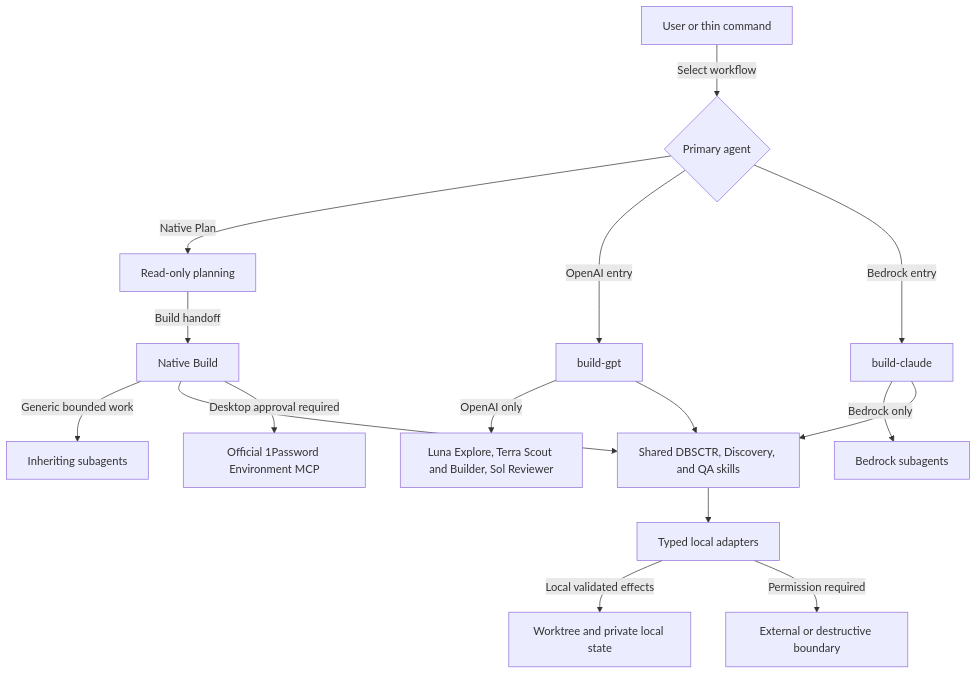
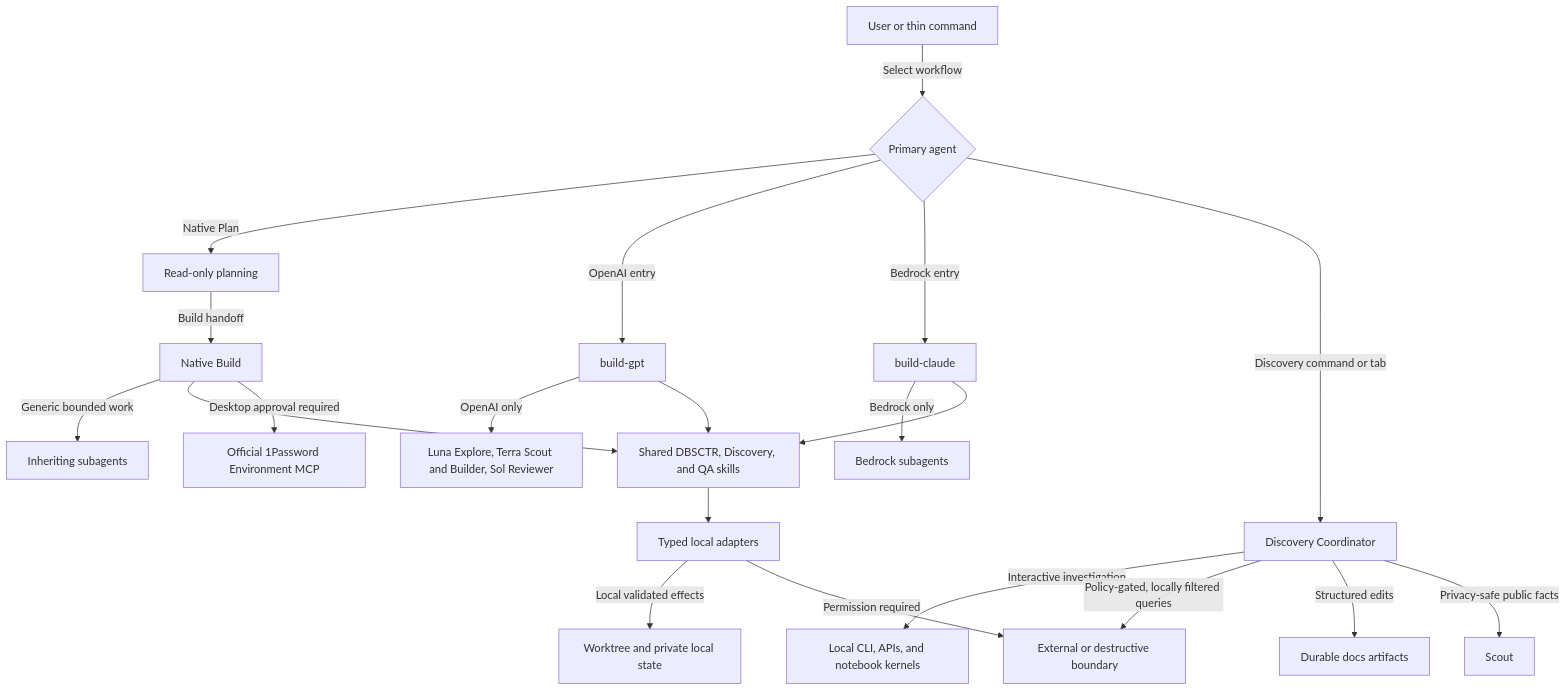
The first of 3 diagrams in docs/specs/opencode_control_plane/README.md (Saltiola7/dotfiles-ai), drawn with Mermaid before and after one commit. The commit also changed other lines of this file and 3 other files, not shown here.

````diff
--- a/docs/specs/opencode_control_plane/README.md
+++ b/docs/specs/opencode_control_plane/README.md
@@ -147,20 +156,25 @@
 ```mermaid
 flowchart TD
     accTitle: OpenCode provider-affine control plane
-    accDescr: Thin commands select native or provider-affine primary agents. Plan remains read-only and hands approved scope to Build. OpenAI routes read-only Explore to Luna, Scout and Builder to Terra, and explicit review to Sol. Build may use only same-provider bounded subagents, loads shared lifecycle skills and typed adapters, and asks permission before external or destructive effects. Host OpenCode may connect to the official 1Password desktop MCP for approved Environment operations without receiving secret values.
+    accDescr: Thin commands select native, Discovery, or provider-affine primary agents. Plan remains read-only and hands approved scope to Build. Discovery may investigate through unrestricted local Bash, writes durable artifacts through a docs-scoped edit tool, and uses Scout for privacy-safe public facts. OpenAI routes read-only Explore to Luna, Scout and Builder to Terra, and explicit review to Sol. Build may use only same-provider bounded subagents, loads shared lifecycle skills and typed adapters, and asks permission before external or destructive effects. Host OpenCode may connect to the official 1Password desktop MCP for approved Environment operations without receiving secret values.
     U[User or thin command] -->|Select workflow| P{Primary agent}
     P -->|Native Plan| N[Read-only planning]
     N -->|Build handoff| B[Native Build]
     P -->|OpenAI entry| G[build-gpt]
     P -->|Bedrock entry| C[build-claude]
+    P -->|Discovery command or tab| D[Discovery Coordinator]
+    D -->|Interactive investigation| I[Local CLI, APIs, and notebook kernels]
+    D -->|Policy-gated, locally filtered queries| E
+    D -->|Structured edits| Q[Durable docs artifacts]
+    D -->|Privacy-safe public facts| R[Scout]
     B -->|Generic bounded work| X[Inheriting subagents]
     G -->|OpenAI only| O[Luna Explore, Terra Scout and Builder, Sol Reviewer]
     C -->|Bedrock only| A[Bedrock subagents]
     B --> S[Shared DBSCTR, Discovery, and QA skills]
     G --> S
     C --> S
     S --> T[Typed local adapters]
     T -->|Local validated effects| W[Worktree and private local state]
     T -->|Permission required| E[External or destructive boundary]
     B -->|Desktop approval required| M[Official 1Password Environment MCP]
 ```
````
